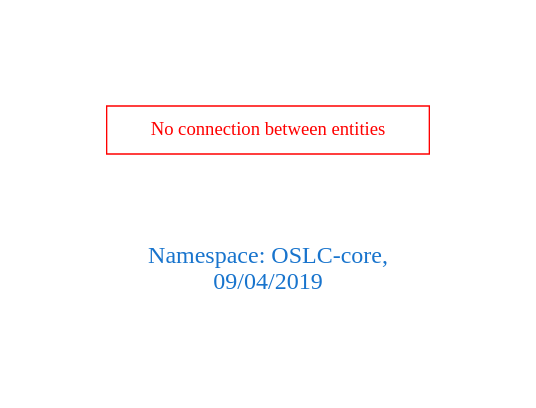
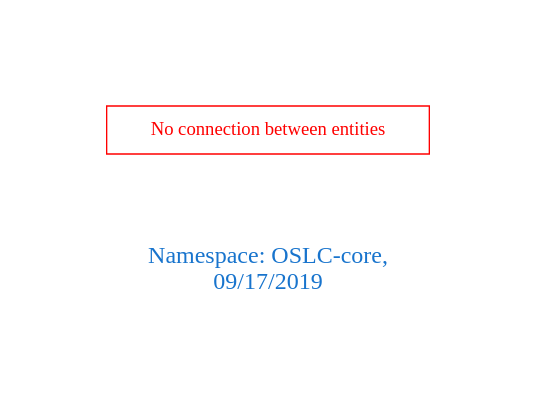
One commit to arago/OGIT changed the diagram in downloads/OSLC-core.dot. Above: the diagram before and after it, drawn with Graphviz. The commit also changed 148 other files, not shown here.

```diff
--- a/downloads/OSLC-core.dot
+++ b/downloads/OSLC-core.dot
@@ -1,9 +1,9 @@
 digraph OGIT_ontology {
  graph [ rankdir= LR,pad=1 
 fontsize = 18,
-fontcolor= dodgerblue3,label = "\n\n\nNamespace: OSLC-core, \n 09/04/2019"];
+fontcolor= dodgerblue3,label = "\n\n\nNamespace: OSLC-core, \n 09/17/2019"];
 node[shape=polygon];
 edge [  color="gray81"];
 
 "No connection between entities" [fontcolor = "red",color="red", shape="polygon"]
 }
```
